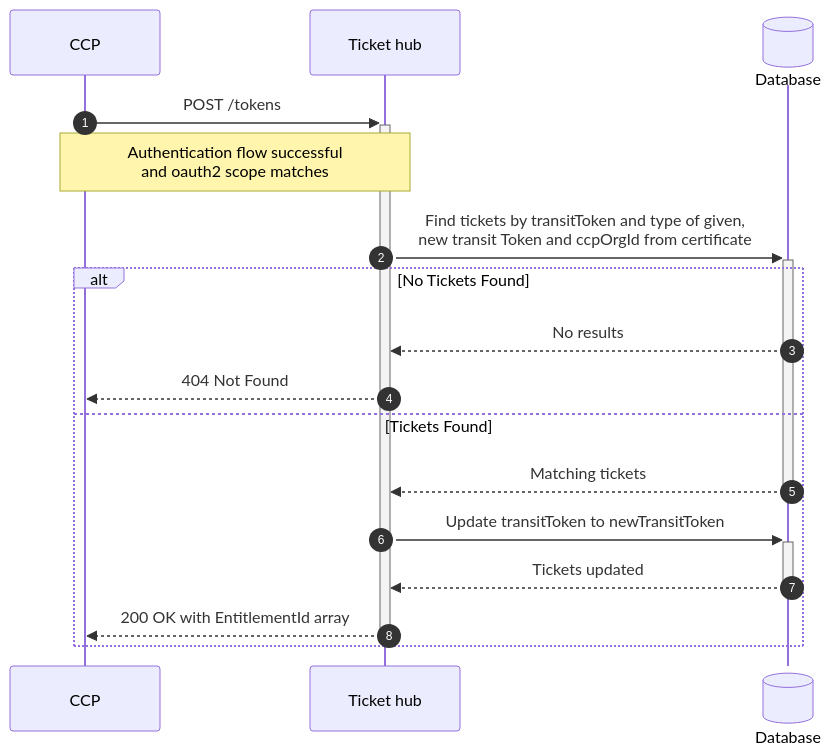
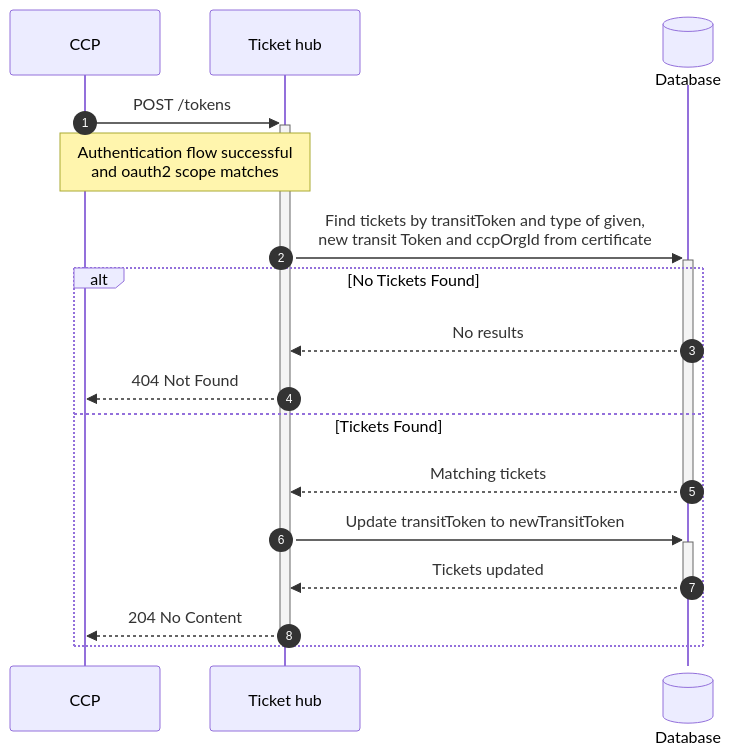
Before and after one commit to HUSST-de/ABT-Ticketspeicher-Schnittstelle: the fourth of 5 diagrams in UseCases.md, drawn with Mermaid. The commit also changed other lines of this file and 5 other files, not shown here.

````diff
--- a/UseCases.md
+++ b/UseCases.md
@@ -121,22 +120,22 @@
 ```mermaid
 sequenceDiagram
     autonumber
     participant Client as CCP
     participant Tickethub as Ticket hub
     participant Database@{"type":"database"}
 
     Client->>+Tickethub: POST /tokens
     note over Client,Tickethub: Authentication flow successful<br>and oauth2 scope matches
 
     Tickethub->>+Database: Find tickets by transitToken and type of given,<br>new transit Token and ccpOrgId from certificate
 
     alt No Tickets Found
         Database-->>Tickethub: No results
         Tickethub-->>Client: 404 Not Found
     else Tickets Found
         Database-->>-Tickethub: Matching tickets
         Tickethub->>+Database: Update transitToken to newTransitToken
         Database-->>-Tickethub: Tickets updated
-        Tickethub-->>-Client: 200 OK with EntitlementId array
+        Tickethub-->>-Client: 204 No Content
     end
 ```
````
